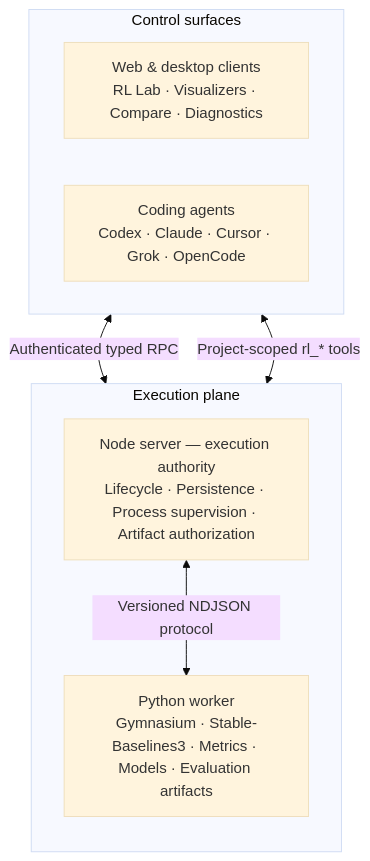
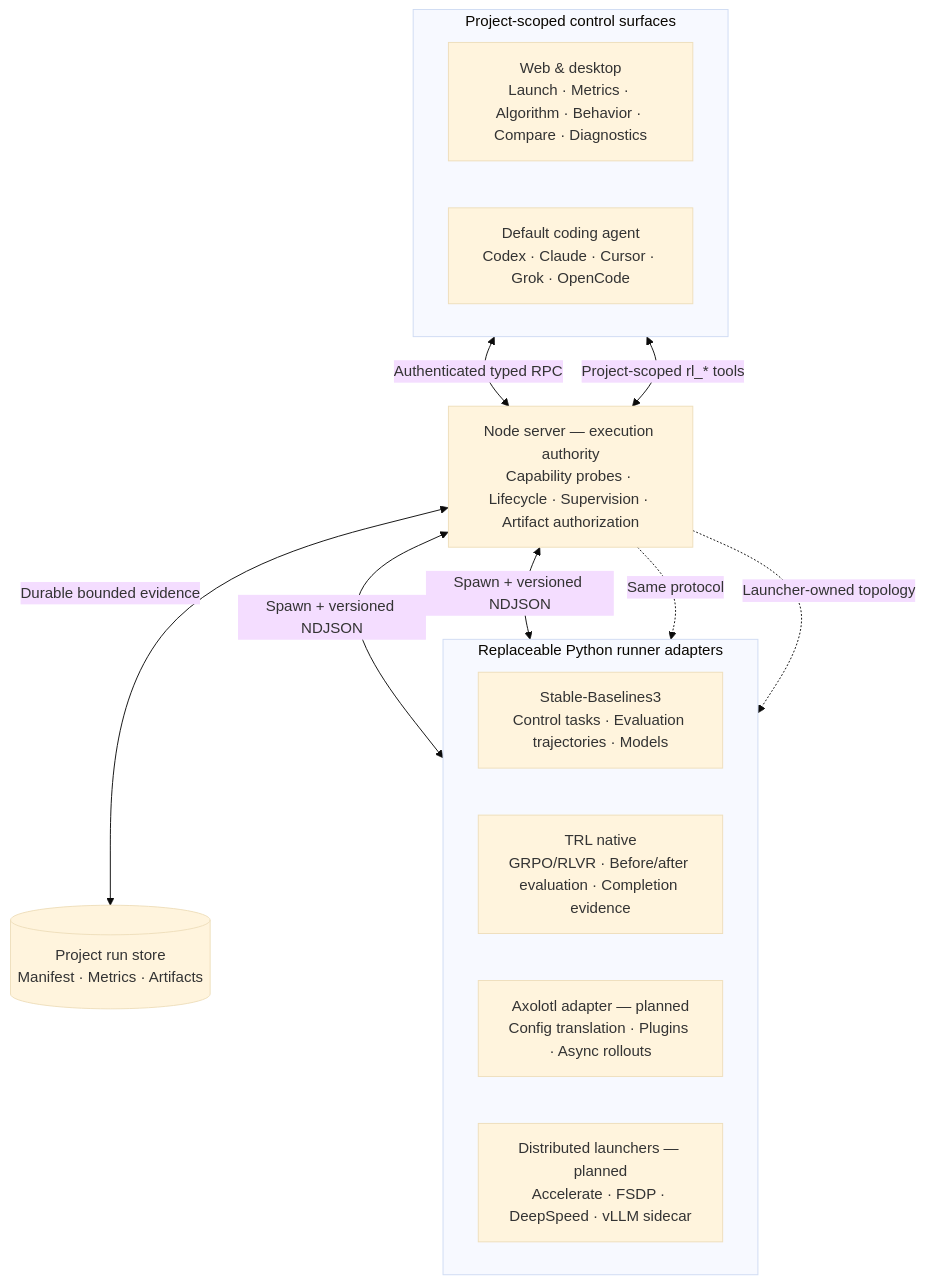
The diagram in README.md (Luisgarcav/t3rl), drawn with Mermaid (base theme) before and after one commit. The commit also changed other lines of this file and 25 other files, not shown here.

First line of the commit message:
feat(rl): add a TRL GRPO/RLVR runner behind a capability probe

````diff
--- a/README.md
+++ b/README.md
@@ -173,19 +198,27 @@
 ```mermaid
 flowchart TB
-    subgraph control["Control surfaces"]
+    subgraph control["Project-scoped control surfaces"]
         direction LR
-        clients["Web & desktop clients<br/>RL Lab · Visualizers · Compare · Diagnostics"]
-        agents["Coding agents<br/>Codex · Claude · Cursor · Grok · OpenCode"]
+        clients["Web & desktop<br/>Launch · Metrics · Algorithm · Behavior · Compare · Diagnostics"]
+        agents["Default coding agent<br/>Codex · Claude · Cursor · Grok · OpenCode"]
     end
 
-    subgraph execution["Execution plane"]
-        direction TB
-        server["Node server — execution authority<br/>Lifecycle · Persistence · Process supervision · Artifact authorization"]
-        worker["Python worker<br/>Gymnasium · Stable-Baselines3 · Metrics · Models · Evaluation artifacts"]
+    server["Node server — execution authority<br/>Capability probes · Lifecycle · Supervision · Artifact authorization"]
+    store[("Project run store<br/>Manifest · Metrics · Artifacts")]
 
-        server <-->|"Versioned NDJSON protocol"| worker
+    subgraph adapters["Replaceable Python runner adapters"]
+        direction LR
+        sb3["Stable-Baselines3<br/>Control tasks · Evaluation trajectories · Models"]
+        trl["TRL native<br/>GRPO/RLVR · Before/after evaluation · Completion evidence"]
+        axolotl["Axolotl adapter — planned<br/>Config translation · Plugins · Async rollouts"]
+        distributed["Distributed launchers — planned<br/>Accelerate · FSDP · DeepSpeed · vLLM sidecar"]
     end
 
     clients <-->|"Authenticated typed RPC"| server
     agents <-->|"Project-scoped rl_* tools"| server
+    server <-->|"Durable bounded evidence"| store
+    server <-->|"Spawn + versioned NDJSON"| sb3
+    server <-->|"Spawn + versioned NDJSON"| trl
+    server -.->|"Same protocol"| axolotl
+    server -.->|"Launcher-owned topology"| distributed
 ```
````
